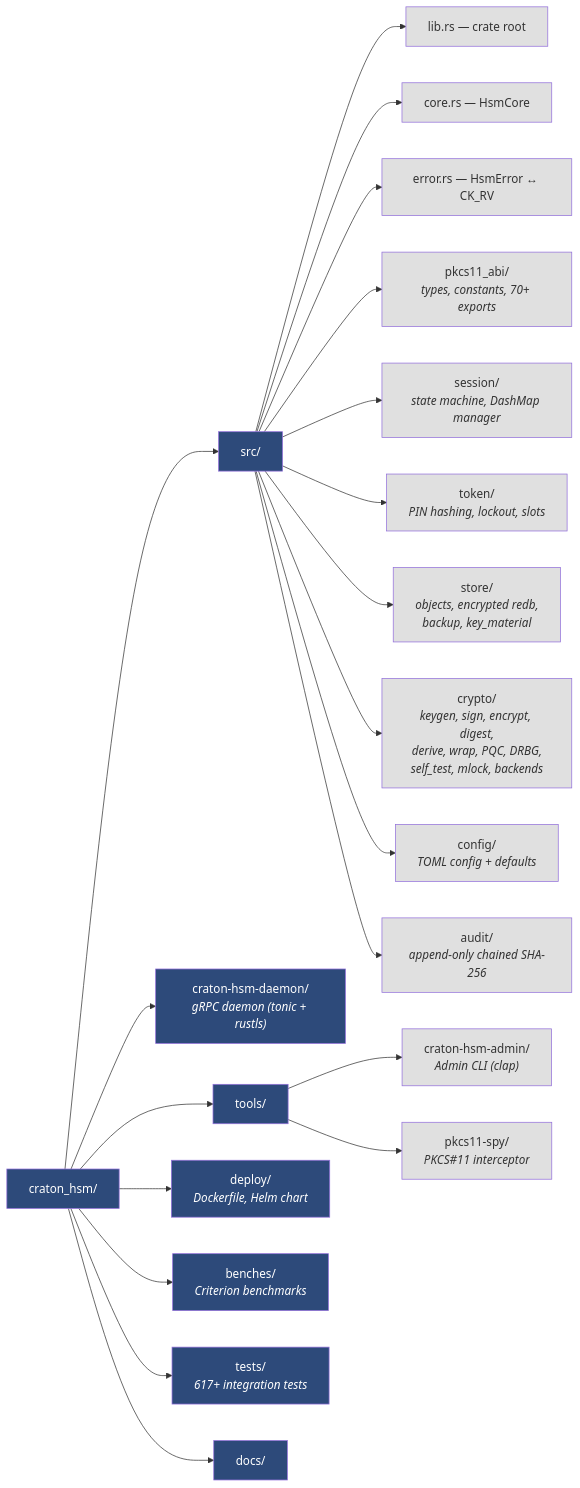
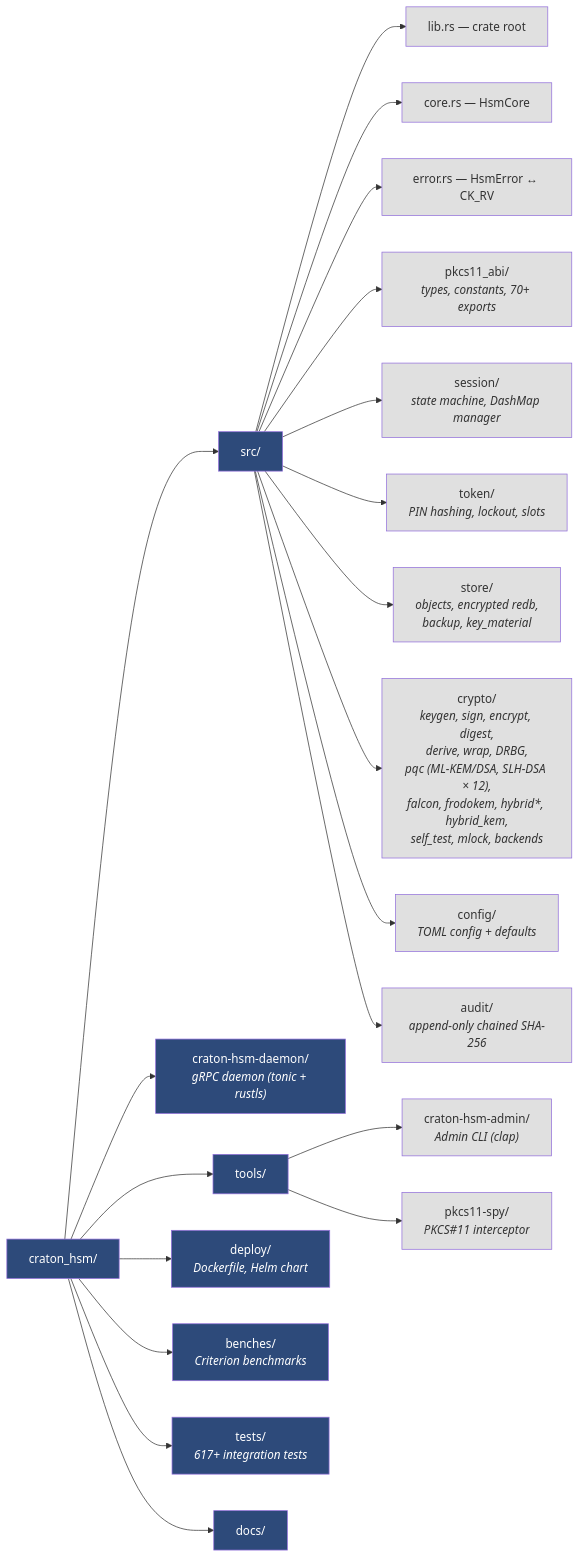
Before and after one commit to sonoransun/multicraton-hsm-testnet: the second of 9 diagrams in docs/architecture.md, drawn with Mermaid. The commit also changed other lines of this file and 23 other files, not shown here.

````diff
--- a/docs/architecture.md
+++ b/docs/architecture.md
@@ -56,29 +56,29 @@
 ```mermaid
 graph LR
     ROOT["craton_hsm/"] --> SRC["src/"]
     ROOT --> DAEMON["craton-hsm-daemon/<br/><i>gRPC daemon (tonic + rustls)</i>"]
     ROOT --> TOOLS["tools/"]
     ROOT --> DEPLOY["deploy/<br/><i>Dockerfile, Helm chart</i>"]
     ROOT --> BENCH["benches/<br/><i>Criterion benchmarks</i>"]
     ROOT --> TESTS["tests/<br/><i>617+ integration tests</i>"]
     ROOT --> DOCS["docs/"]
 
     SRC --> LIB["lib.rs — crate root"]
     SRC --> CORE["core.rs — HsmCore"]
     SRC --> ERR["error.rs — HsmError ↔ CK_RV"]
     SRC --> ABI["pkcs11_abi/<br/><i>types, constants, 70+ exports</i>"]
     SRC --> SESS["session/<br/><i>state machine, DashMap manager</i>"]
     SRC --> TOK["token/<br/><i>PIN hashing, lockout, slots</i>"]
     SRC --> STORE["store/<br/><i>objects, encrypted redb,<br/>backup, key_material</i>"]
-    SRC --> CRYPTO["crypto/<br/><i>keygen, sign, encrypt, digest,<br/>derive, wrap, PQC, DRBG,<br/>self_test, mlock, backends</i>"]
+    SRC --> CRYPTO["crypto/<br/><i>keygen, sign, encrypt, digest,<br/>derive, wrap, DRBG,<br/>pqc (ML-KEM/DSA, SLH-DSA × 12),<br/>falcon, frodokem, hybrid*, hybrid_kem,<br/>self_test, mlock, backends</i>"]
     SRC --> CFG["config/<br/><i>TOML config + defaults</i>"]
     SRC --> AUDIT["audit/<br/><i>append-only chained SHA-256</i>"]
 
     TOOLS --> ADMINCLI["craton-hsm-admin/<br/><i>Admin CLI (clap)</i>"]
     TOOLS --> SPY["pkcs11-spy/<br/><i>PKCS#11 interceptor</i>"]
 
     classDef dir fill:#2d4a7a,color:#fff
     classDef file fill:#e0e0e0,color:#333
     class ROOT,SRC,TOOLS,DEPLOY,BENCH,TESTS,DOCS,DAEMON dir
     class LIB,CORE,ERR,ABI,SESS,TOK,STORE,CRYPTO,CFG,AUDIT,ADMINCLI,SPY file
 ```
````
